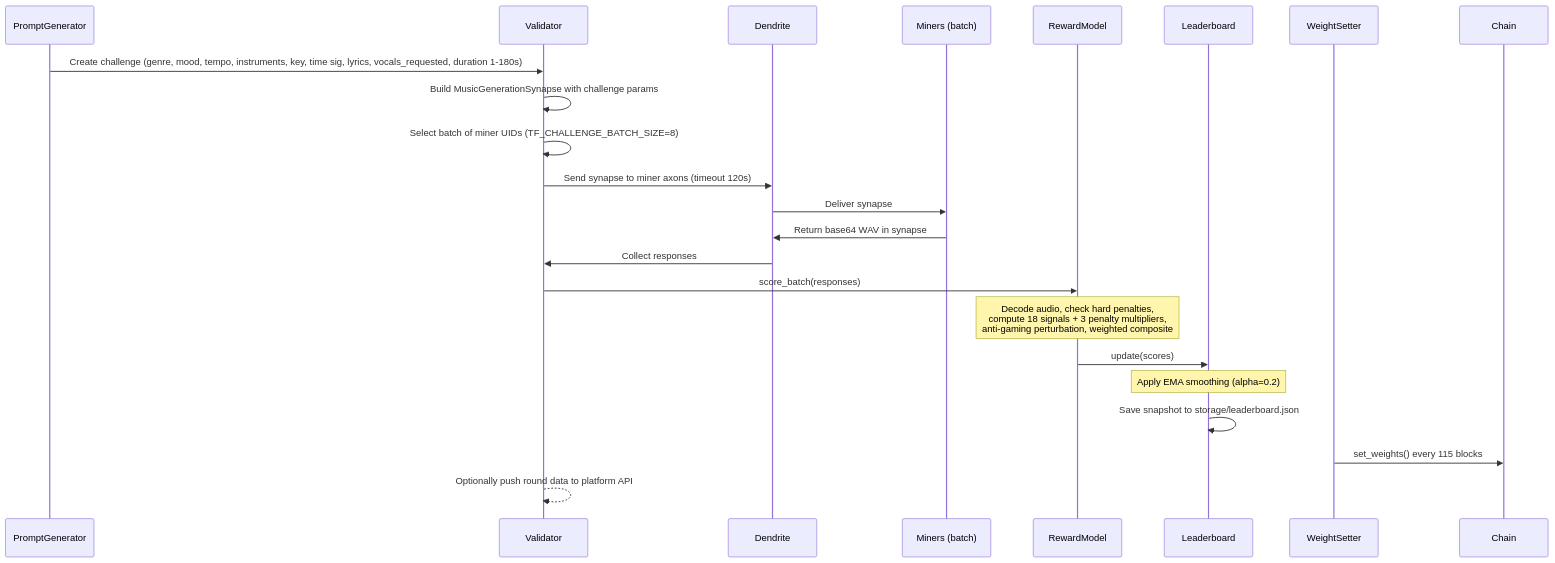
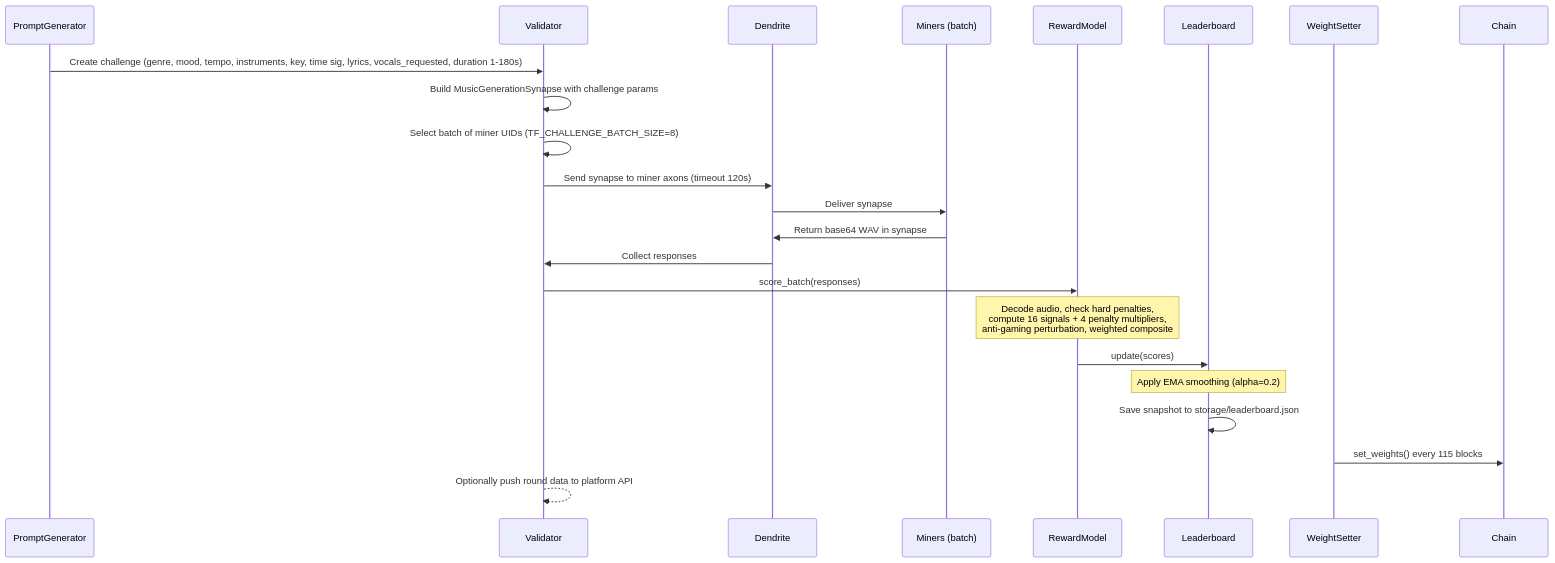
The second of 4 diagrams in docs/setup.md (borgg-dev/tuneforge), drawn with Mermaid before and after one commit. The commit also changed other lines of this file and 12 other files, not shown here.

````diff
--- a/docs/setup.md
+++ b/docs/setup.md
@@ -78,26 +99,26 @@
 ```mermaid
 sequenceDiagram
     participant PG as PromptGenerator
     participant V as Validator
     participant D as Dendrite
     participant M as Miners (batch)
     participant RM as RewardModel
     participant LB as Leaderboard
     participant WS as WeightSetter
     participant C as Chain
 
     PG->>V: Create challenge (genre, mood, tempo, instruments, key, time sig, lyrics, vocals_requested, duration 1-180s)
     V->>V: Build MusicGenerationSynapse with challenge params
     V->>V: Select batch of miner UIDs (TF_CHALLENGE_BATCH_SIZE=8)
     V->>D: Send synapse to miner axons (timeout 120s)
     D->>M: Deliver synapse
     M->>D: Return base64 WAV in synapse
     D->>V: Collect responses
     V->>RM: score_batch(responses)
-    Note over RM: Decode audio, check hard penalties,<br/>compute 18 signals + 3 penalty multipliers,<br/>anti-gaming perturbation, weighted composite
+    Note over RM: Decode audio, check hard penalties,<br/>compute 16 signals + 4 penalty multipliers,<br/>anti-gaming perturbation, weighted composite
     RM->>LB: update(scores)
     Note over LB: Apply EMA smoothing (alpha=0.2)
     LB->>LB: Save snapshot to storage/leaderboard.json
     WS->>C: set_weights() every 115 blocks
     V-->>V: Optionally push round data to platform API
 ```
````
